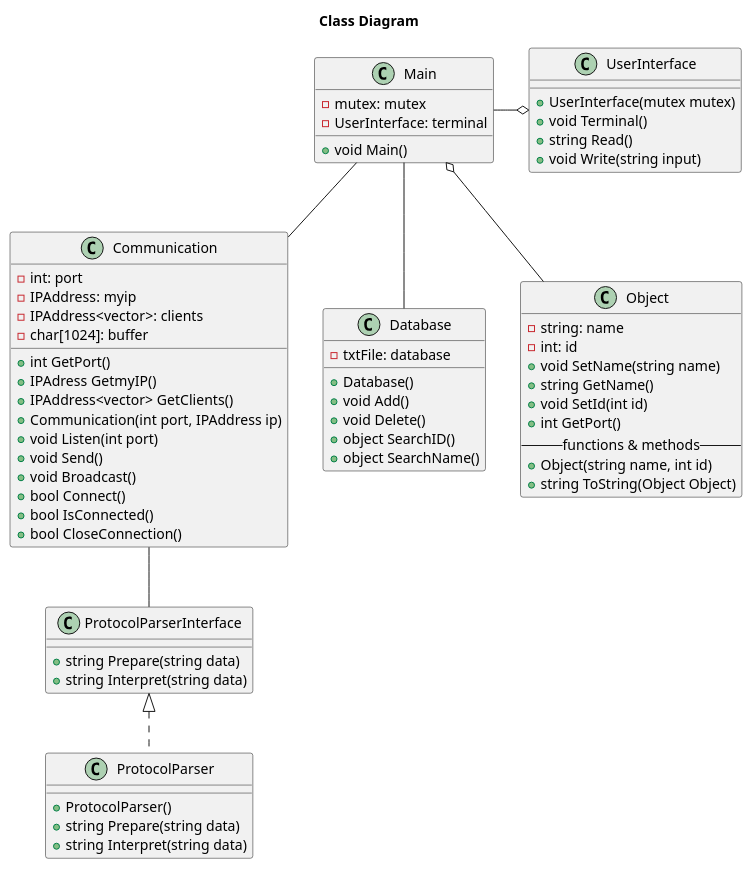
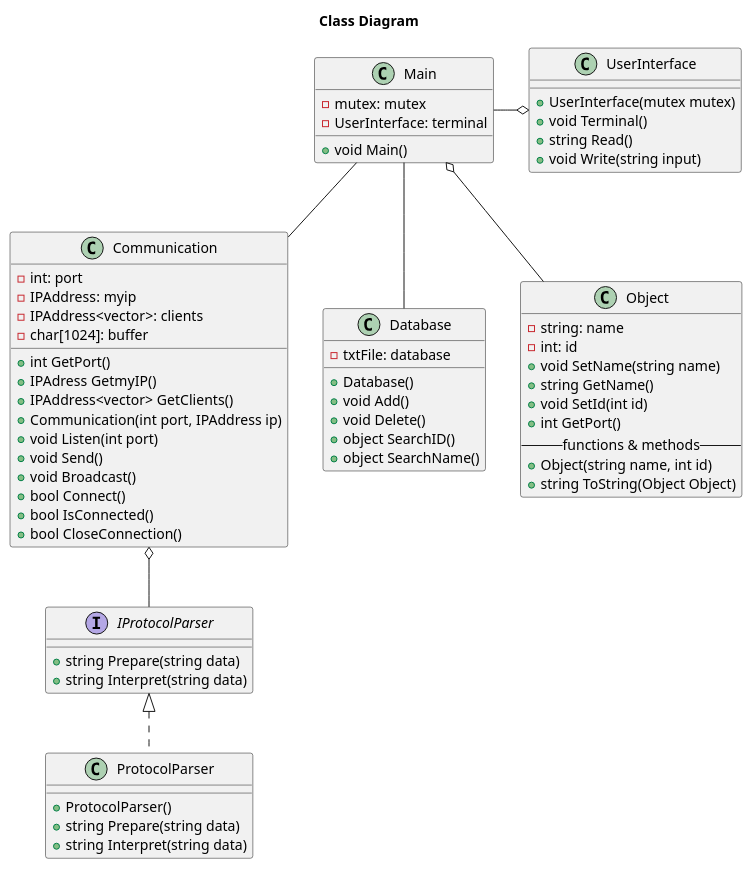
One commit to T3-FindIt/FindIt changed the diagram in Designs/Server Design/Design.wsd. Above: the diagram before and after it, drawn with PlantUML.

Commit message:
Renamed interface and corrected relation

```diff
--- a/Designs/Server Design/Design.wsd
+++ b/Designs/Server Design/Design.wsd
@@ -1,114 +1,110 @@
 @startuml ClassDiagram
 Title Class Diagram
 
 ' websocket code in github
 Class Communication
 {
     ' client class/struct maken?
     {field} - int: port
     {field} - IPAddress: myip
     {field} - IPAddress<vector>: clients
     {field} - char[1024]: buffer
     ' change char array to string?
     ' {method} + void SetPort(int port)
     {method} + int GetPort()
     ' {method} + void setIP(IPAdress IP)
     {method} + IPAdress GetmyIP()
     {method} + IPAddress<vector> GetClients()
     {method} + Communication(int port, IPAddress ip)
     {method} + void Listen(int port)
     {method} + void Send()
     {method} + void Broadcast()
     {method} + bool Connect()
     {method} + bool IsConnected()
     {method} + bool CloseConnection()
 }
 
 Class Database
 {
     ' change txtFile
     {field} - txtFile: database
     {method} + Database()
     {method} + void Add()
     {method} + void Delete()
     {method} + object SearchID()
     {method} + object SearchName()
     ' {method} + void Searchtype()
 }
 
 ' enum with types, or a simple string?
 ' struct instead of class?
 Class Object
 {
     {field} - string: name
     {field} - int: id
     ' {field} - string type
     {method} + void SetName(string name)
     {method} + string GetName()
     {method} + void SetId(int id)
     {method} + int GetPort()
     ' {method} + void SetType(string type)
     ' {method} + string GetType()
     -- functions & methods --
     {method} + Object(string name, int id)
     {method} + string ToString(Object Object)
 }
 
-Class ProtocolParserInterface
+interface IProtocolParser
 {
     {method} + string Prepare(string data)
     {method} + string Interpret(string data)
 }
 
 Class ProtocolParser
 {
     {method} + ProtocolParser()
     {method} + string Prepare(string data)
     {method} + string Interpret(string data)
 }
 
 ' simple terminal UI
 Class UserInterface
 {
     {method} + UserInterface(mutex mutex)
     {method} + void Terminal()
     {method} + string Read()
     {method} + void Write(string input)
 }
 
 Class Main
 {
     {field} - mutex: mutex
     {field} - UserInterface: terminal
     {method} + void Main()
 }
 
 ' note left of JsonBuilder : Implementatie wordt geleverd door de\nArduinoJson Library
 ' note top of JsonBuilder : Kijk naar gebruik van pointers
 
 ' EMPTY CLASSES
-' Class CANBus
 ' END OF EMPYY CLASSES
 
 Main -o UserInterface
 Main o-- Object
 Main -- Database
 Main -- Communication
-ProtocolParserInterface <|.. ProtocolParser
-Communication -- ProtocolParserInterface
-' IMasterSlave <|.. I2C
-' IMasterSlave <|.. CANBus
-' IDipSwitch <|.. DipSwitch
+IProtocolParser <|.. ProtocolParser
+Communication o-- IProtocolParser
 
 ' Controller "1" o-- "1" WiFiHandler
 ' Controller "1" o-- "1" IMasterSlave
 ' Controller "1" o-- "1" JsonBuilder
 ' Controller "1" o-down- "1" IDipSwitch
 ' Controller "1" o-- "1" WebSocketHandler
 
 ' WiFiHandler "1" o-- "1" WiFiData
 ' WebSocketHandler "1" o-- "1" WebsocketData
 
 ' See if we should separate WebSocket & WiFi
 ' object opslaan als JSON objecten?
 @enduml
```
